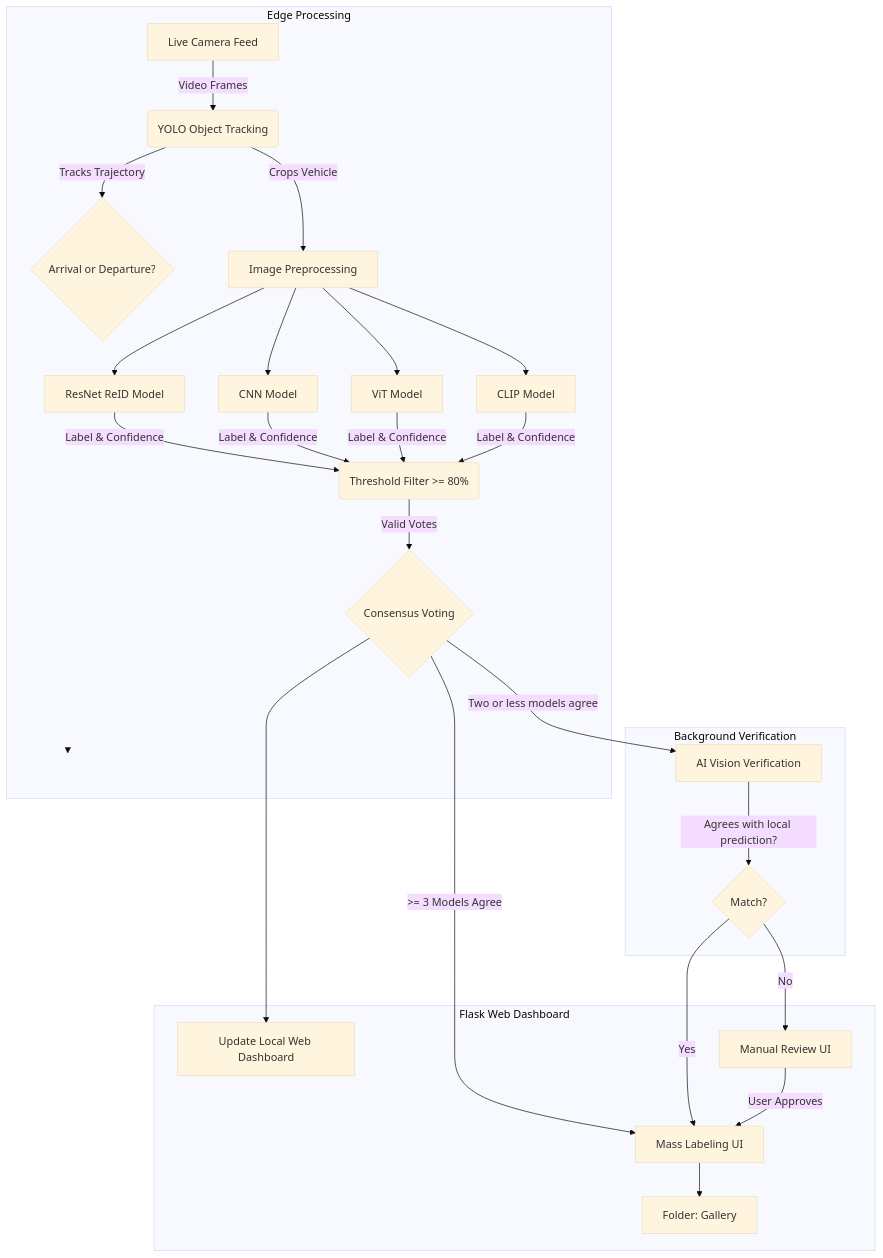
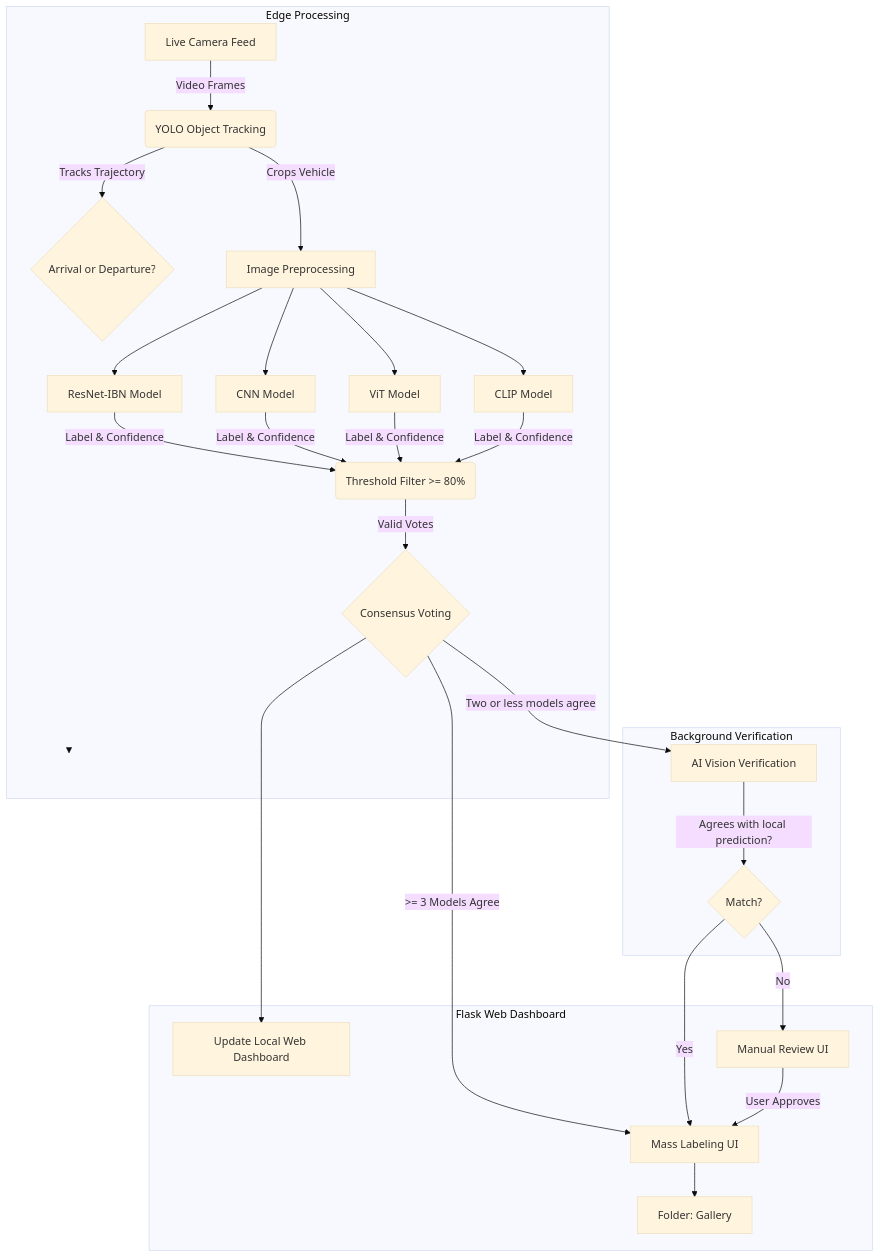
One commit to Nuisey/CaReID changed the diagram in README.md. Above: the diagram before and after it, drawn with Mermaid (base theme). The commit also changed other lines of this file, not shown here.

Commit message:
docs: add ResNet-IBN model details and update terminology

````diff
--- a/README.md
+++ b/README.md
@@ -26,46 +26,46 @@
 ```mermaid
 flowchart TD
     %% cache-buster: v3
 
     subgraph Edge Processing
         A[Live Camera Feed] -->|Video Frames| B(YOLO Object Tracking)
         B -->|Tracks Trajectory| C{Arrival or Departure?}
         B -->|Crops Vehicle| D[Image Preprocessing]
   
-        D --> E[ResNet ReID Model]
+        D --> E[ResNet-IBN Model]
         D --> F[CNN Model]
         D --> G[ViT Model]
         D --> H[CLIP Model]
   
         E & F & G & H -->|Label & Confidence| I(Threshold Filter >= 80%)
         I -->|Valid Votes| J{Consensus Voting}
         
         M["                                         "]
         style M fill:none,stroke:none,color:none
     end
 
     subgraph Background Verification
         P[AI Vision Verification]
         Q{Match?}
     end
   
     subgraph Flask Web Dashboard
         O[Update Local Web Dashboard]
         R[Manual Review UI]
         S[Mass Labeling UI]
         T[Folder: Gallery]
     end
 
     J -- ">= 3 Models Agree" --> S
     J -- "Two or less models agree" --> P
     J -- " " --> M
     linkStyle 14 stroke-width:0px,color:none;
     
     P -->|Agrees with local prediction?| Q
     Q -- Yes --> S
     
     J --> O
     Q -- No --> R
     R -- User Approves --> S
     S --> T
 ```
````
